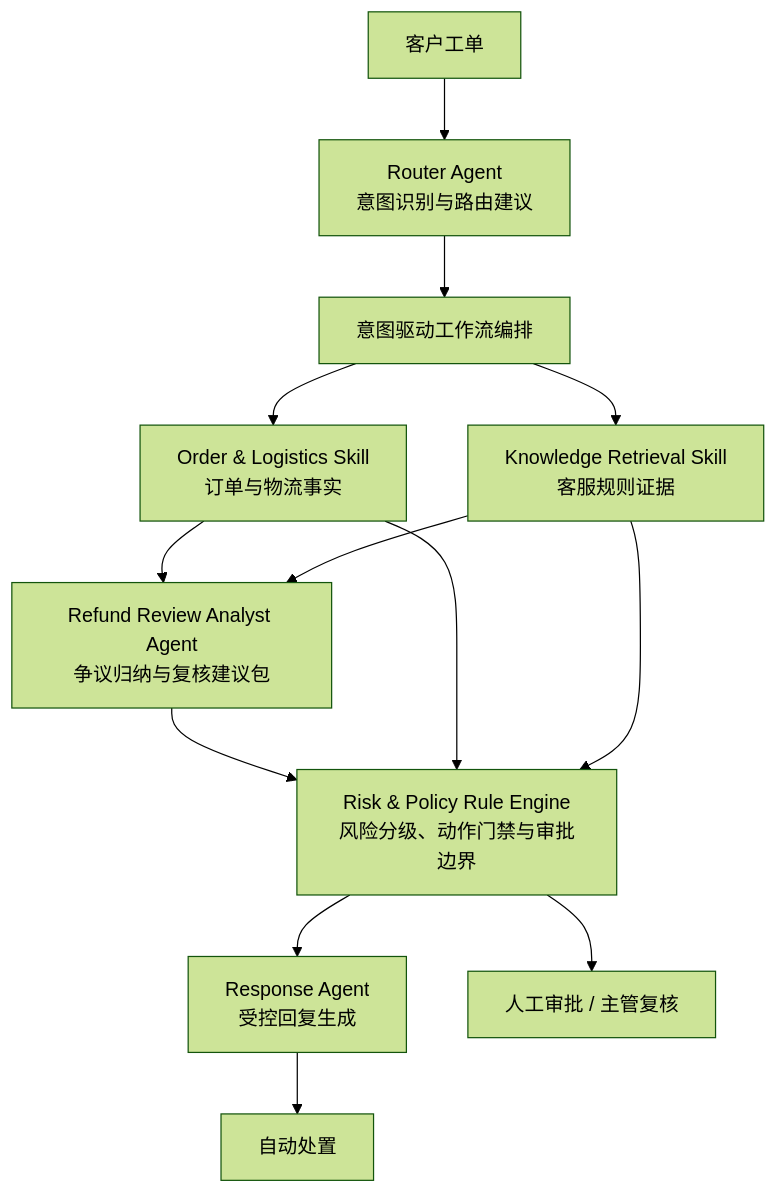
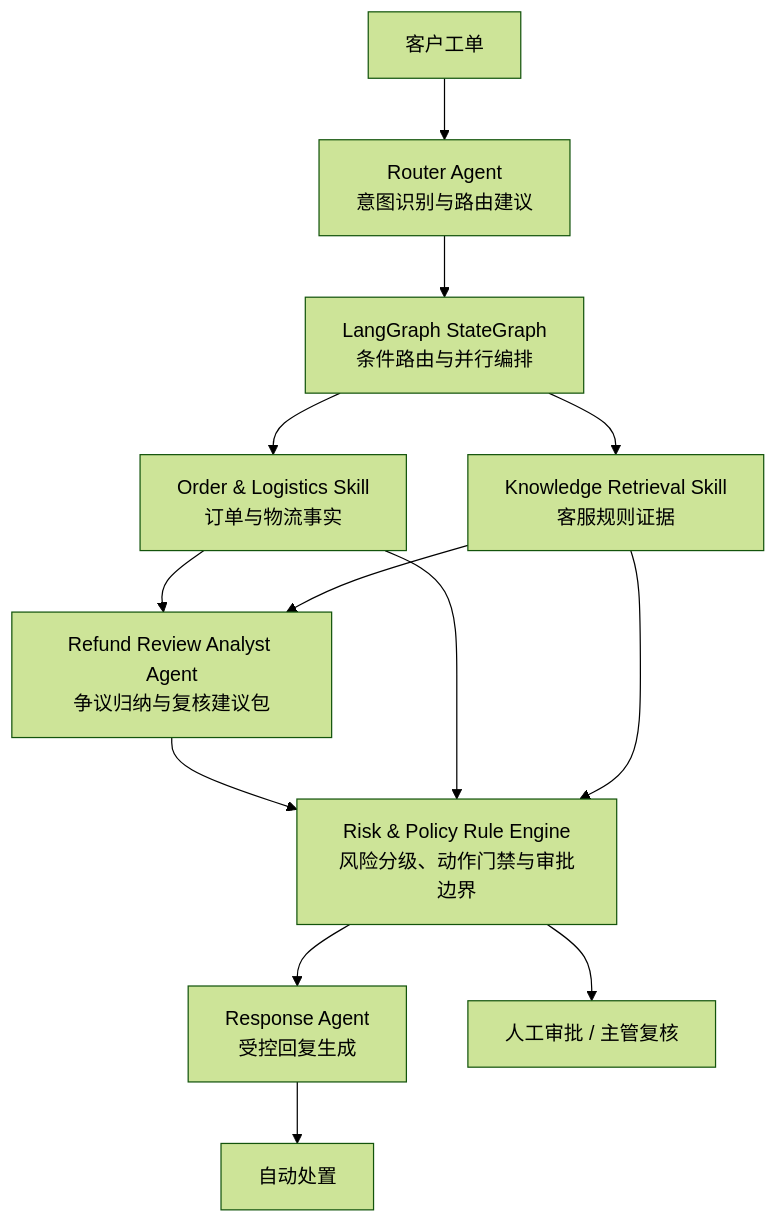
One commit to Heaven12499/resolve-flow changed the diagram in README.md. Above: the diagram before and after it, drawn with Mermaid (forest theme). The commit also changed other lines of this file, not shown here.

Commit message:
docs: describe LangGraph workflow architecture

````diff
--- a/README.md
+++ b/README.md
@@ -9,15 +9,15 @@
 ```mermaid
 flowchart TD
     Ticket[客户工单] --> Router[Router Agent<br/>意图识别与路由建议]
-    Router --> Workflow[意图驱动工作流编排]
+    Router --> Workflow[LangGraph StateGraph<br/>条件路由与并行编排]
     Workflow --> Order[Order & Logistics Skill<br/>订单与物流事实]
     Workflow --> Knowledge[Knowledge Retrieval Skill<br/>客服规则证据]
     Order --> Analyst[Refund Review Analyst Agent<br/>争议归纳与复核建议包]
     Knowledge --> Analyst
     Analyst --> Risk[Risk & Policy Rule Engine<br/>风险分级、动作门禁与审批边界]
     Order --> Risk
     Knowledge --> Risk
     Risk --> Response[Response Agent<br/>受控回复生成]
     Response --> Auto[自动处置]
     Risk --> Approval[人工审批 / 主管复核]
 ```
````
